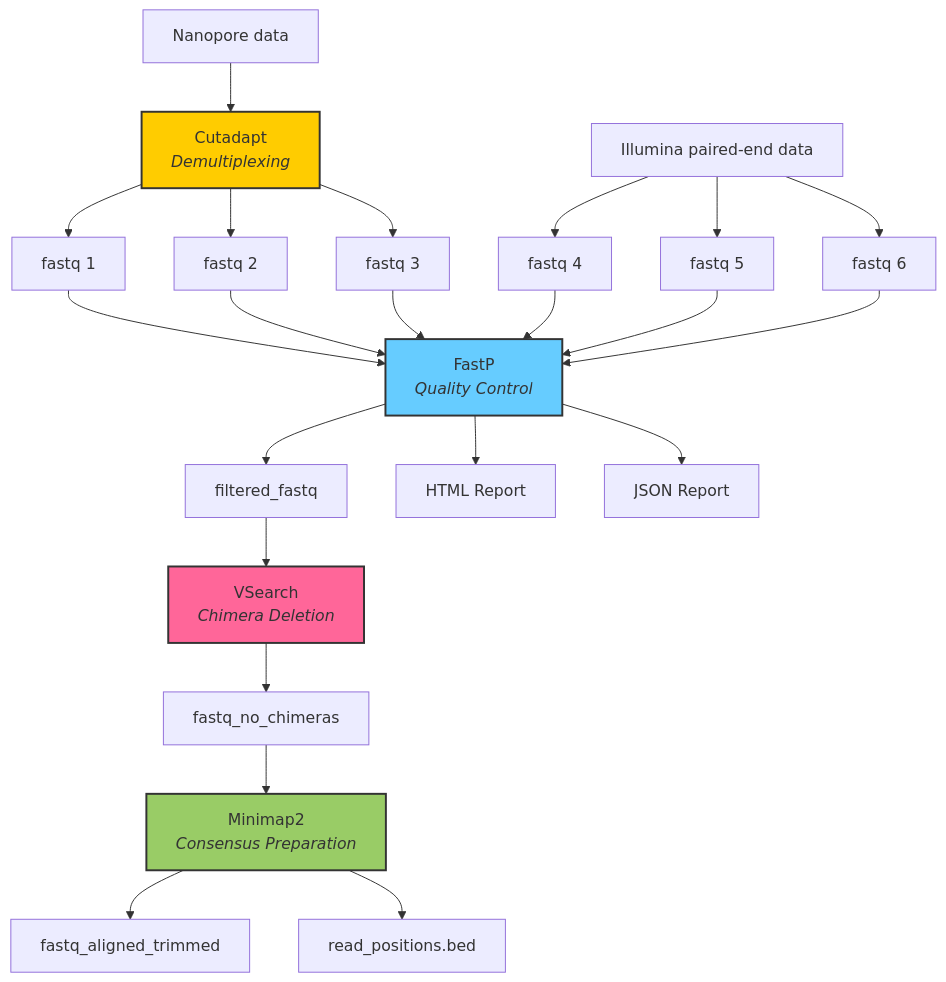
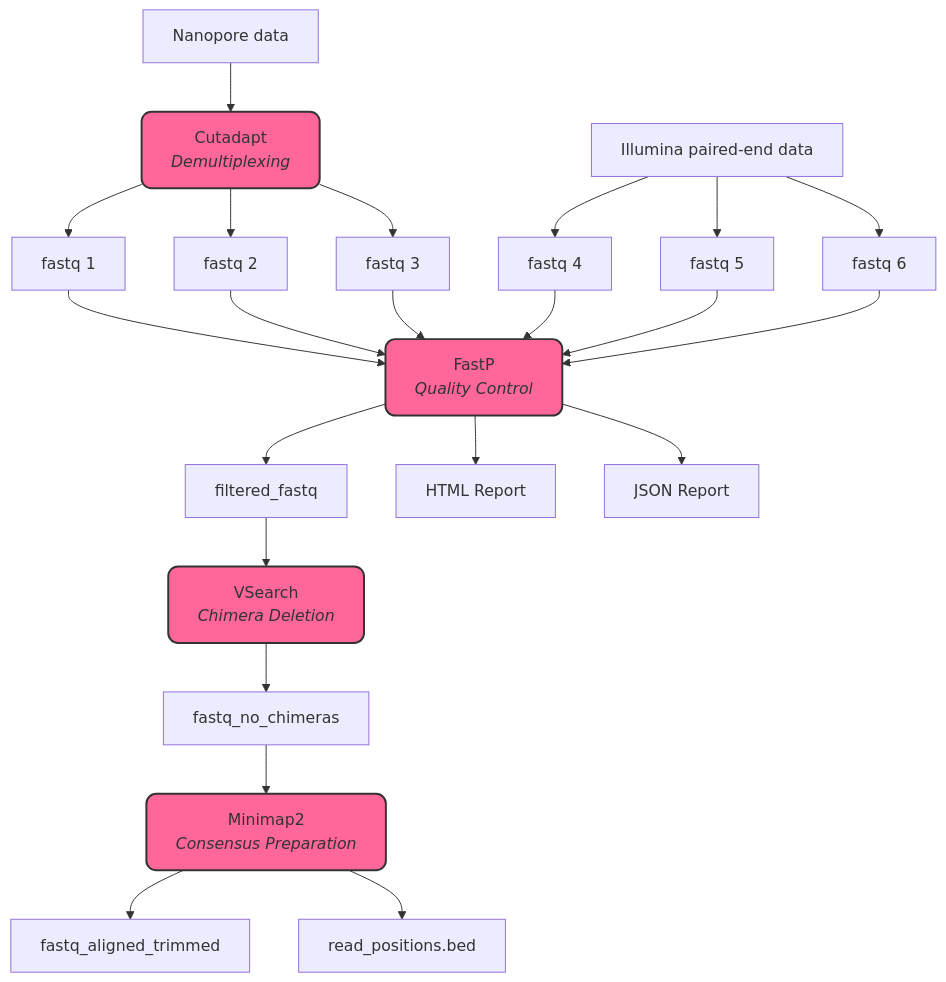
One commit to Luis7orres/Pipeline_4 changed the diagram in README.md. Above: the diagram before and after it, drawn with Mermaid.

````diff
--- a/README.md
+++ b/README.md
@@ -22,64 +22,68 @@
 ```mermaid
 flowchart TD
     %% Define nodes
     A[Nanopore data] 
     B[Illumina paired-end data] 
 
-    demultiplex[Cutadapt<br><i>Demultiplexing</i>]:::color1
+    demultiplex[Cutadapt<br><i>Demultiplexing</i>]:::color3
     fastq1[fastq 1]
     fastq2[fastq 2]
     fastq3[fastq 3]
 
     fastq4[fastq 4]
     fastq5[fastq 5]
     fastq6[fastq 6]
 
-    QC[FastP<br><i>Quality Control</i>]:::color2
+    QC[FastP<br><i>Quality Control</i>]:::color3
     filtered_fastq[filtered_fastq]
     
     QC_HTML[HTML Report]
     QC_JSON[JSON Report]
 
     Chimera[VSearch<br><i>Chimera Deletion</i>]:::color3
     fastq_no_chimeras[fastq_no_chimeras]
 
-    Consensus[Minimap2<br><i>Consensus Preparation</i>]:::color4
+    Consensus[Minimap2<br><i>Consensus Preparation</i>]:::color3
     fastq_aligned_trimmed[fastq_aligned_trimmed]
     read_positions_bed[read_positions.bed]
 
     %% Define styles for colored nodes
-    classDef color1 fill:#ffcc00,stroke:#333,stroke-width:2px;
-    classDef color2 fill:#66ccff,stroke:#333,stroke-width:2px;
     classDef color3 fill:#ff6699,stroke:#333,stroke-width:2px;
-    classDef color4 fill:#99cc66,stroke:#333,stroke-width:2px;
+    classDef oval fill:#ff6699, stroke:#333, stroke-width:2px, rx:10px, ry:10px;
+
+    %% Define oval styles for all processes
+    class demultiplex oval;
+    class QC oval;
+    class Chimera oval;
+    class Consensus oval;
 
     %% Define links
     A --> demultiplex
     demultiplex --> fastq1
     demultiplex --> fastq2
     demultiplex --> fastq3
 
     B --> fastq4
     B --> fastq5
     B --> fastq6
 
     fastq1 --> QC
     fastq2 --> QC
     fastq3 --> QC
     fastq4 --> QC
     fastq5 --> QC
     fastq6 --> QC
 
     QC --> filtered_fastq
 
     filtered_fastq --> Chimera
     Chimera --> fastq_no_chimeras
 
     fastq_no_chimeras --> Consensus
     Consensus --> fastq_aligned_trimmed
     Consensus --> read_positions_bed
 
     %% Position the reports
     QC --> QC_HTML
     QC --> QC_JSON
 ```
````
